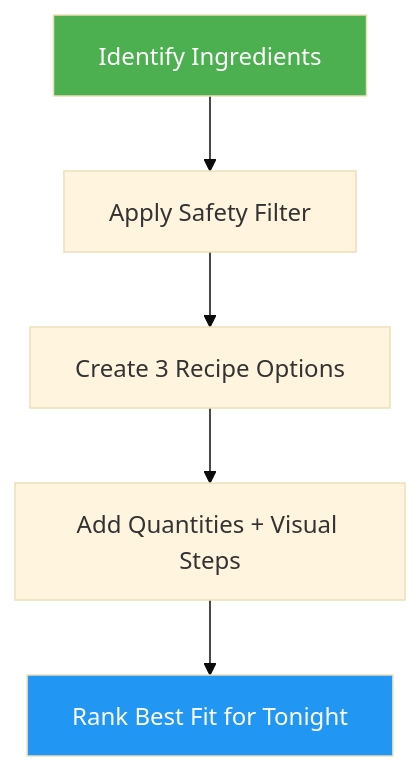
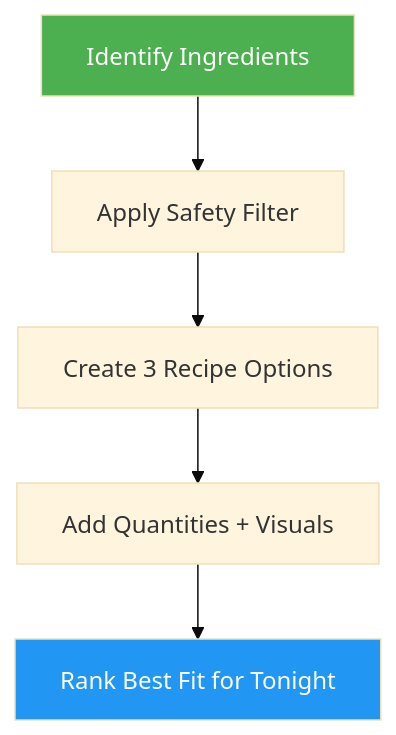
One commit to luongnv89/cooking-skills changed the diagram in skills/quick-healthy-recipes/docs/README.md. Above: the diagram before and after it, drawn with Mermaid (base theme). The commit also changed other lines of this file and 2 other files, not shown here.

````diff
--- a/skills/quick-healthy-recipes/docs/README.md
+++ b/skills/quick-healthy-recipes/docs/README.md
@@ -33,9 +34,9 @@
 ```mermaid
 graph TD
     A["Identify Ingredients"] --> B["Apply Safety Filter"]
     B --> C["Create 3 Recipe Options"]
-    C --> D["Add Quantities + Visual Steps"]
+    C --> D["Add Quantities + Visuals"]
     D --> E["Rank Best Fit for Tonight"]
     style A fill:#4CAF50,color:#fff
     style E fill:#2196F3,color:#fff
 ```
````
